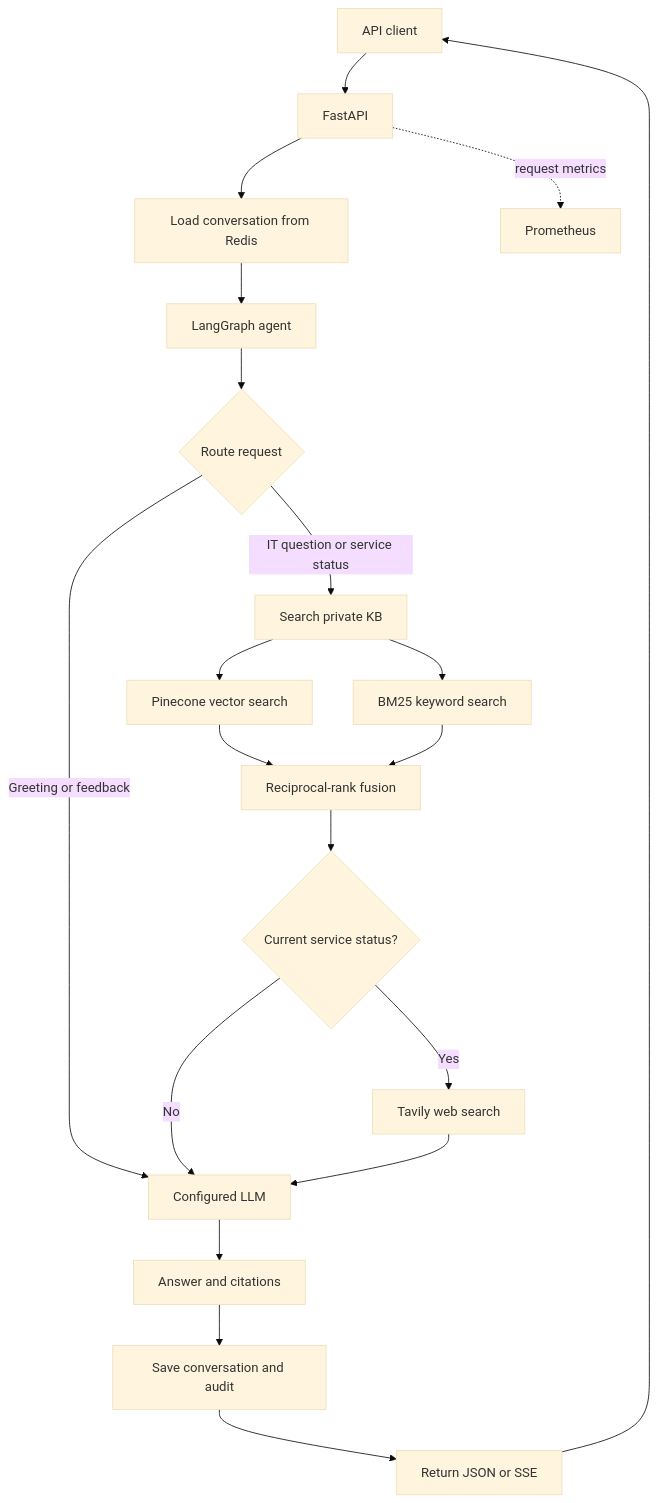
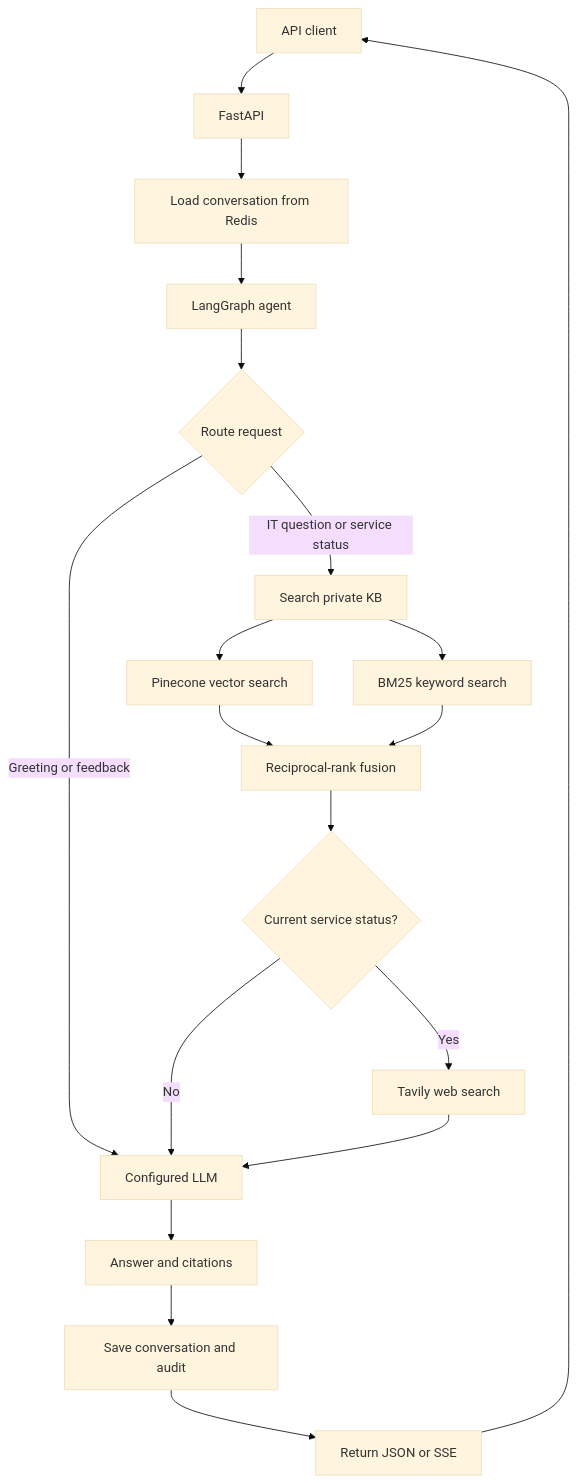
Before and after one commit to dipak-shaaki/IT-support-Agent: the first of 2 diagrams in README.md, drawn with Mermaid (base theme). The commit also changed other lines of this file, not shown here.

````diff
--- a/README.md
+++ b/README.md
@@ -10,22 +10,21 @@
 ```mermaid
 flowchart TD
     C[API client] --> API[FastAPI]
     API --> CTX[Load conversation from Redis]
     CTX --> AG[LangGraph agent]
     AG --> KIND{Route request}
     KIND -->|Greeting or feedback| LLM[Configured LLM]
     KIND -->|IT question or service status| RET[Search private KB]
     RET --> V[Pinecone vector search]
     RET --> B[BM25 keyword search]
     V --> F[Reciprocal-rank fusion]
     B --> F
     F --> CHECK{Current service status?}
     CHECK -->|No| LLM
     CHECK -->|Yes| WEB[Tavily web search]
     WEB --> LLM
     LLM --> OUT[Answer and citations]
     OUT --> SAVE[Save conversation and audit]
     SAVE --> RESP[Return JSON or SSE]
     RESP --> C
-    API -. request metrics .-> METRICS[Prometheus]
 ```
````
